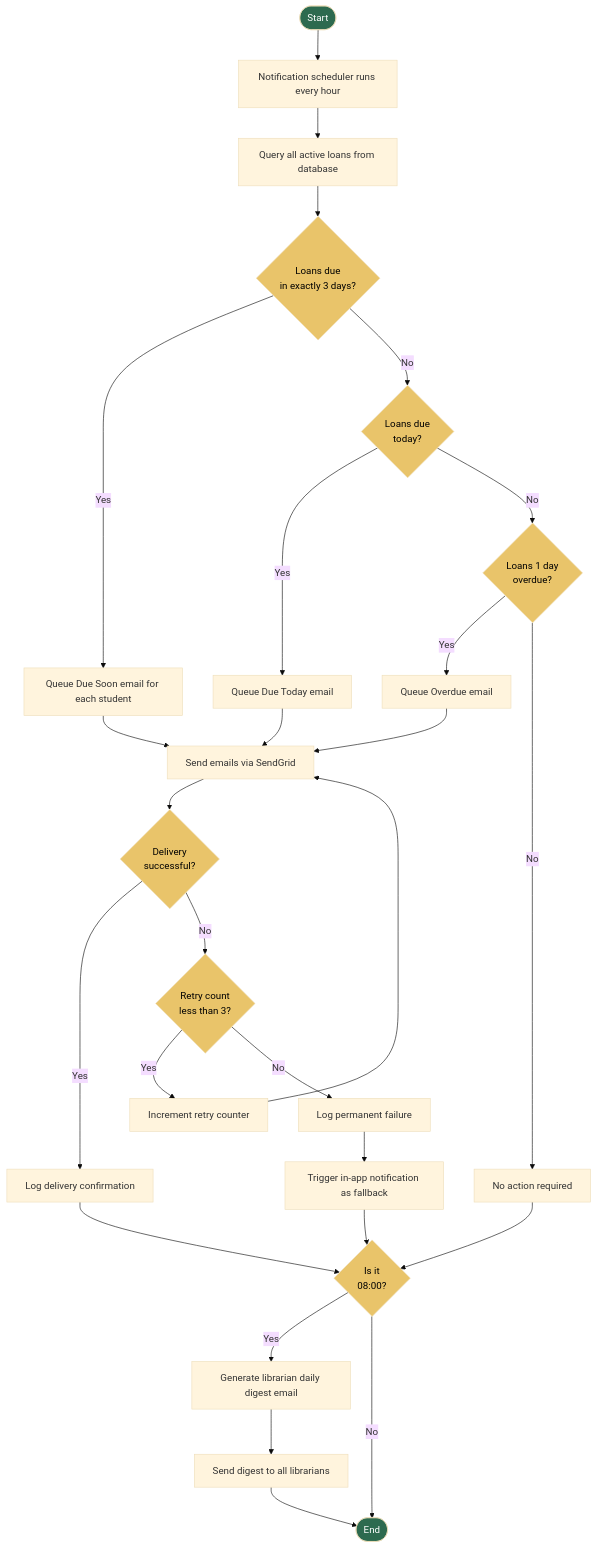
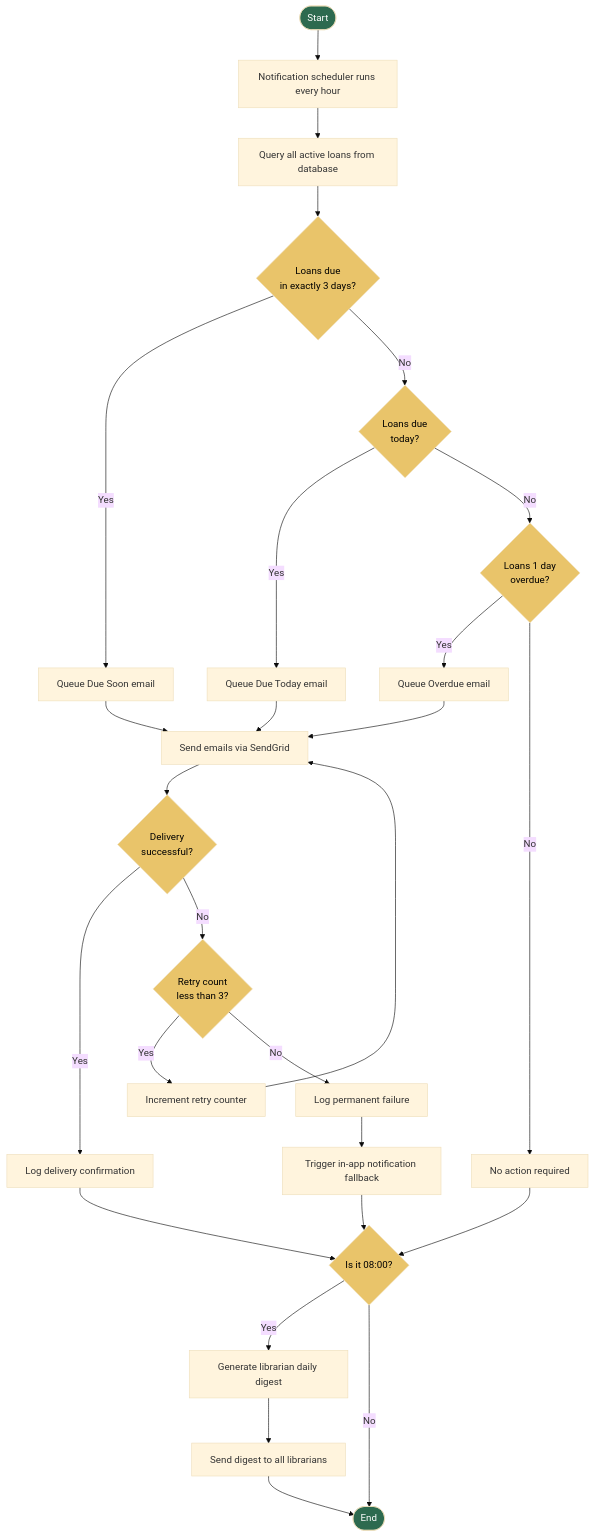
Before and after one commit to 211225347/Smart-Academic-Library-Assistance-System-SALAS-: the sixth of 8 diagrams in ACTIVITY_DIAGRAMS.md, drawn with Mermaid (base theme). The commit also changed other lines of this file, not shown here.

````diff
--- a/ACTIVITY_DIAGRAMS.md
+++ b/ACTIVITY_DIAGRAMS.md
@@ -235,41 +258,38 @@
 ```mermaid
 flowchart TD
     A([Start]) --> B[Notification scheduler runs every hour]
     B --> C[Query all active loans from database]
     C --> D{Loans due\nin exactly 3 days?}
-    D -- Yes --> E[Queue Due Soon email for each student]
+    D -- Yes --> E[Queue Due Soon email]
     D -- No --> F{Loans due\ntoday?}
     F -- Yes --> G[Queue Due Today email]
     F -- No --> H{Loans 1 day\noverdue?}
     H -- Yes --> I[Queue Overdue email]
     H -- No --> J[No action required]
-
     E --> K[Send emails via SendGrid]
     G --> K
     I --> K
-
     K --> L{Delivery\nsuccessful?}
     L -- Yes --> M[Log delivery confirmation]
     L -- No --> N{Retry count\nless than 3?}
     N -- Yes --> O[Increment retry counter]
     O --> K
     N -- No --> P[Log permanent failure]
-    P --> Q[Trigger in-app notification as fallback]
-
-    M --> R{Is it\n08:00?}
+    P --> Q[Trigger in-app notification fallback]
+    M --> R{Is it 08:00?}
     Q --> R
     J --> R
-    R -- Yes --> S[Generate librarian daily digest email]
+    R -- Yes --> S[Generate librarian daily digest]
     S --> T[Send digest to all librarians]
     R -- No --> Z([End])
     T --> Z
 
     style A fill:#2d6a4f,color:#fff
     style Z fill:#2d6a4f,color:#fff
     style D fill:#e9c46a,color:#000
     style F fill:#e9c46a,color:#000
     style H fill:#e9c46a,color:#000
     style L fill:#e9c46a,color:#000
     style N fill:#e9c46a,color:#000
     style R fill:#e9c46a,color:#000
 ```
````
